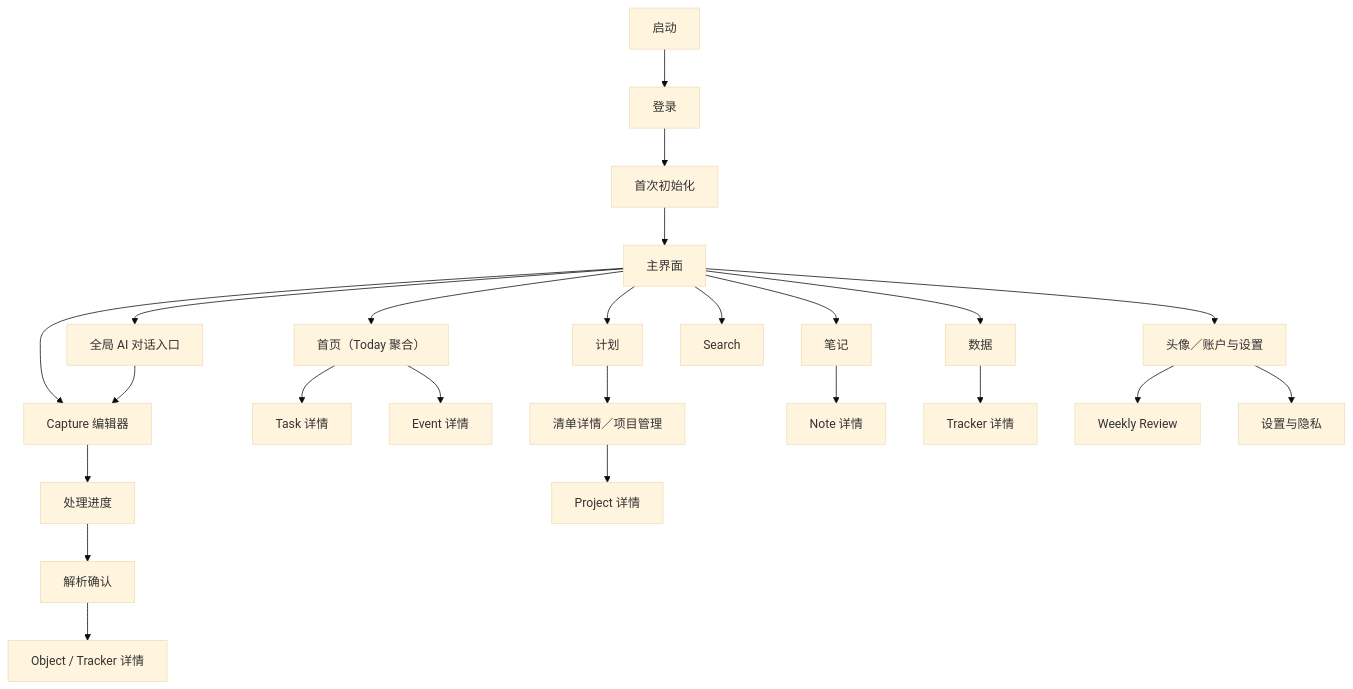
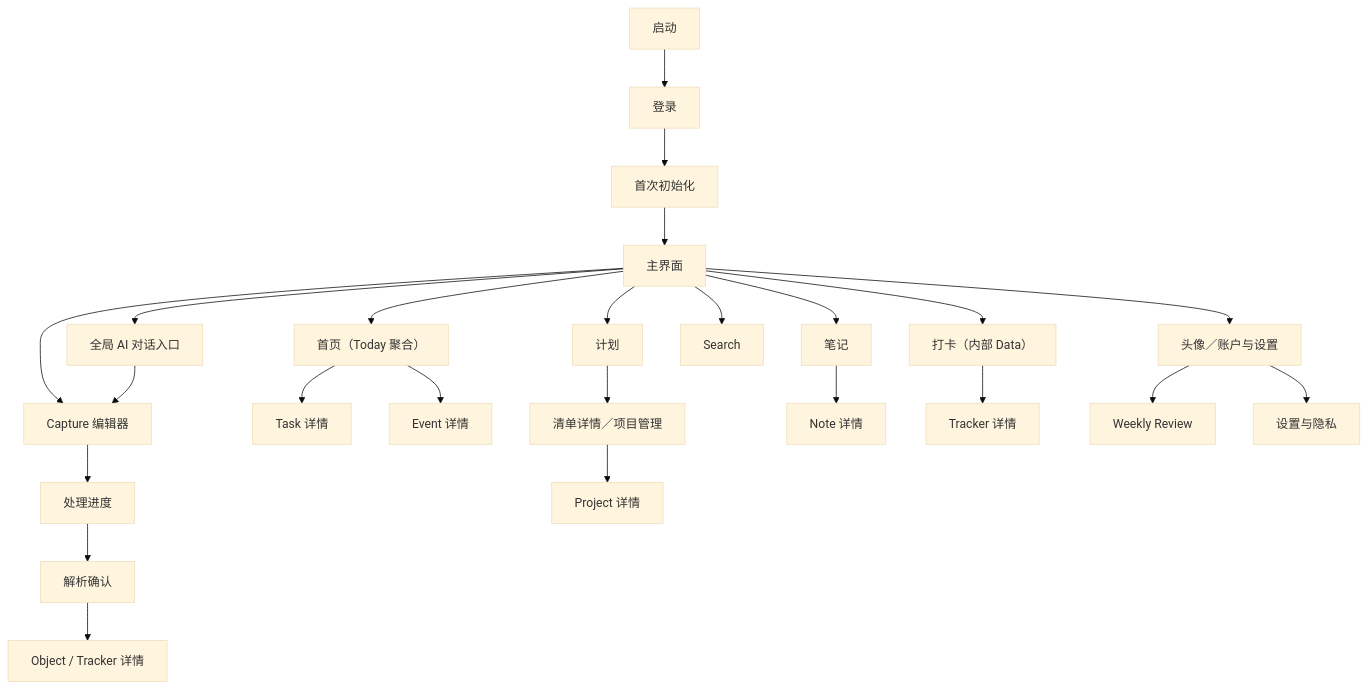
The first of 2 diagrams in docs/AI事管家_产品设计说明_MVP_v0.1.md (xiaoguo123456/steward), drawn with Mermaid (base theme) before and after one commit. The commit also changed other lines of this file and 9 other files, not shown here.

````diff
--- a/docs/AI事管家_产品设计说明_MVP_v0.1.md
+++ b/docs/AI事管家_产品设计说明_MVP_v0.1.md
@@ -103,26 +103,26 @@
 ```mermaid
 flowchart TD
     A["启动"] --> B["登录"]
     B --> C["首次初始化"]
     C --> D["主界面"]
     D --> T["首页（Today 聚合）"]
     D --> L["计划"]
     D --> N["笔记"]
-    D --> DA["数据"]
+    D --> DA["打卡（内部 Data）"]
     D --> S["Search"]
     D --> CAP["Capture 编辑器"]
     D --> AIQ["全局 AI 对话入口"]
     AIQ --> CAP
     CAP --> PRO["处理进度"]
     PRO --> CON["解析确认"]
     CON --> OD["Object / Tracker 详情"]
     T --> TD["Task 详情"]
     T --> ED["Event 详情"]
     L --> P["清单详情／项目管理"]
     P --> PD["Project 详情"]
     N --> ND["Note 详情"]
     DA --> TR["Tracker 详情"]
     D --> ACC["头像／账户与设置"]
     ACC --> WR["Weekly Review"]
     ACC --> SET["设置与隐私"]
 ```
````
